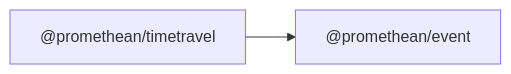
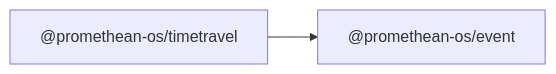
Before and after one commit to octave-commons/promethean: the diagram in docs/packages/timetravel/README.md, drawn with Mermaid. The commit also changed other lines of this file and 1753 other files, not shown here.

````diff
--- a/docs/packages/timetravel/README.md
+++ b/docs/packages/timetravel/README.md
@@ -14,7 +14,7 @@
 ```mermaid
 graph LR
-  A["@promethean/timetravel"]
-  D1["@promethean/event"]
-  A --> D1["@promethean/event"]
-  click D1 "../event/README.md" "@promethean/event"
+  A["@promethean-os/timetravel"]
+  D1["@promethean-os/event"]
+  A --> D1["@promethean-os/event"]
+  click D1 "../event/README.md" "@promethean-os/event"
 ```
````
